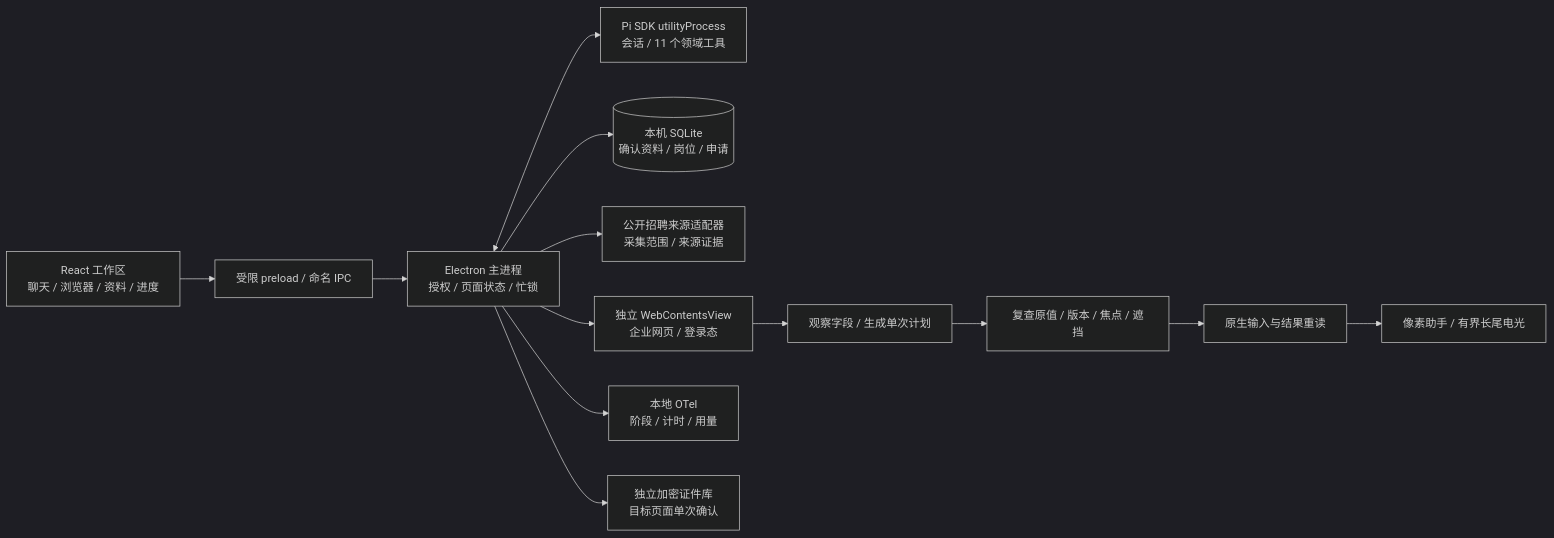
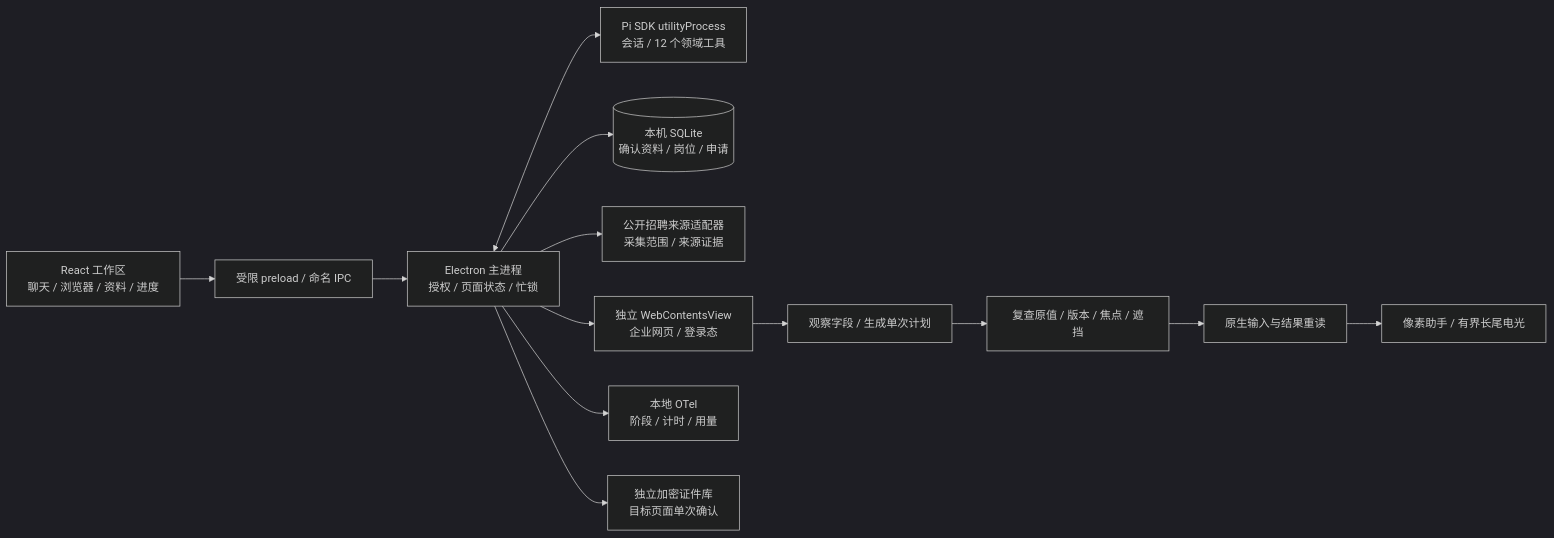
One commit to 2x2xz/OfferFlash changed the diagram in docs/architecture.md. Above: the diagram before and after it, drawn with Mermaid (dark theme). The commit also changed other lines of this file and 219 other files, not shown here.

````diff
--- a/docs/architecture.md
+++ b/docs/architecture.md
@@ -3,15 +3,15 @@
 ```mermaid
 flowchart LR
   UI[React 工作区\n聊天 / 浏览器 / 资料 / 进度] --> IPC[受限 preload / 命名 IPC]
   IPC --> Host[Electron 主进程\n授权 / 页面状态 / 忙锁]
-  Host <--> Pi[Pi SDK utilityProcess\n会话 / 11 个领域工具]
+  Host <--> Pi[Pi SDK utilityProcess\n会话 / 12 个领域工具]
   Host --> DB[(本机 SQLite\n确认资料 / 岗位 / 申请)]
   Host --> Public[公开招聘来源适配器\n采集范围 / 来源证据]
   Host --> Browser[独立 WebContentsView\n企业网页 / 登录态]
   Browser --> Observe[观察字段 / 生成单次计划]
   Observe --> Guard[复查原值 / 版本 / 焦点 / 遮挡]
   Guard --> Native[原生输入与结果重读]
   Native --> Pet[像素助手 / 有界长尾电光]
   Host --> OTel[本地 OTel\n阶段 / 计时 / 用量]
   Host --> Identity[独立加密证件库\n目标页面单次确认]
 ```
````
